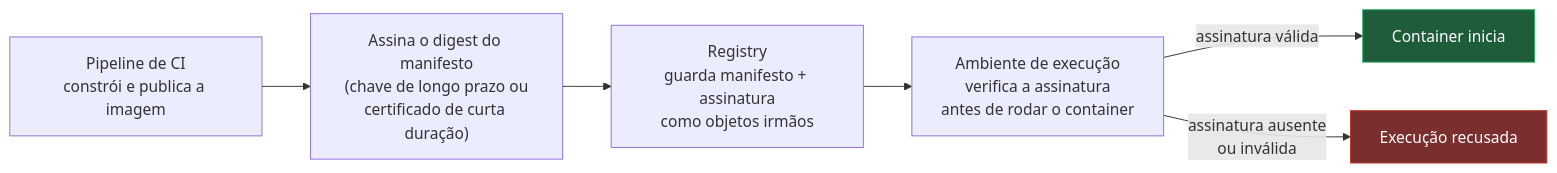
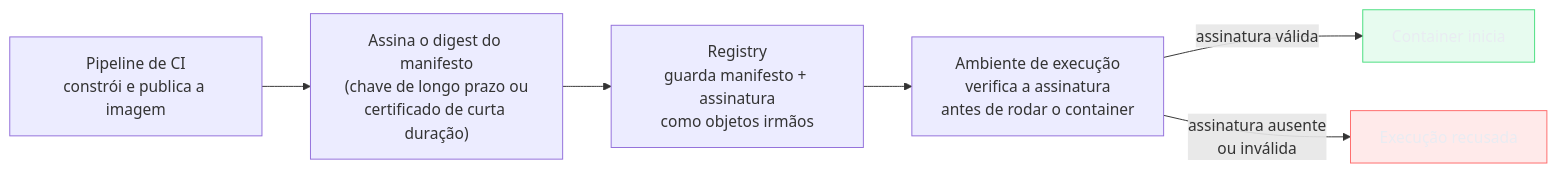
The sixth of 6 diagrams in 03-Dominios/Tecnologia/Infraestrutura/Docker/12 - Registry.md (josenaldo/codex-technomanticus), drawn with Mermaid before and after one commit. The commit also changed other lines of this file and 1181 other files, not shown here.

First line of the commit message:
fix(diagramas): paleta do sistema no lugar de cor cravada no markdown

````diff
--- a/03-Dominios/Tecnologia/Infraestrutura/Docker/12 - Registry.md
+++ b/03-Dominios/Tecnologia/Infraestrutura/Docker/12 - Registry.md
@@ -360,14 +363,16 @@
 ```mermaid
 graph LR
+    classDef falha fill:#FF6B6B24,stroke:#FF6B6B,color:#E9ECF2
+    classDef ok fill:#4ADE8021,stroke:#4ADE80,color:#E9ECF2
     B["Pipeline de CI\nconstrói e publica a imagem"]
     S["Assina o digest do manifesto\n(chave de longo prazo ou\ncertificado de curta duração)"]
     R["Registry\nguarda manifesto + assinatura\ncomo objetos irmãos"]
     V["Ambiente de execução\nverifica a assinatura\nantes de rodar o container"]
 
     B --> S --> R --> V
     V -->|"assinatura válida"| Run["Container inicia"]
     V -->|"assinatura ausente\nou inválida"| Deny["Execução recusada"]
 
-    style Deny fill:#7a2e2e,stroke:#c0392b,color:#fff
-    style Run fill:#1e5c3a,stroke:#27ae60,color:#fff
+    class Deny falha
+    class Run ok
 ```
````
